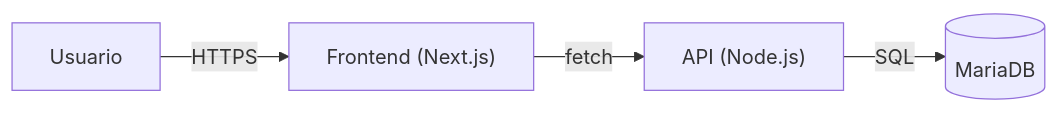
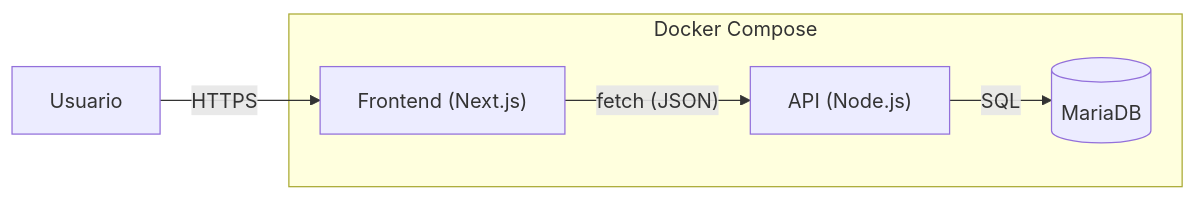
Before and after one commit to XALEX14410/sise_lite_hybrid: the diagram in docs/arquitectura.md, drawn with Mermaid. The commit also changed other lines of this file and 7 other files, not shown here.

````diff
--- a/docs/arquitectura.md
+++ b/docs/arquitectura.md
@@ -28,7 +28,13 @@
 ```mermaid
+%% Diagrama general del sistema (ver archivo para explicación)
 flowchart LR
   U["Usuario"] -- "HTTPS" --> WEB["Frontend (Next.js)"]
-  WEB -- "fetch" --> API["API (Node.js)"]
+  WEB -- "fetch (JSON)" --> API["API (Node.js)"]
   API -- "SQL" --> DB[(MariaDB)]
 
+  subgraph "Docker Compose"
+    WEB
+    API
+    DB
+  end
 ```
````
